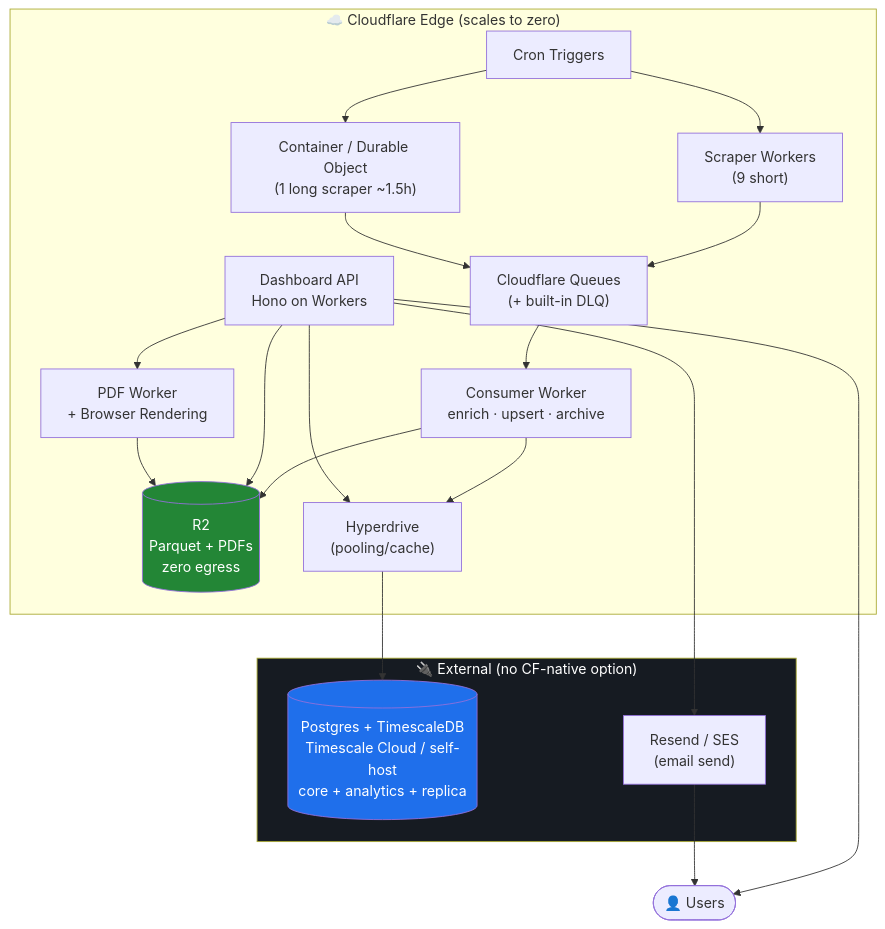
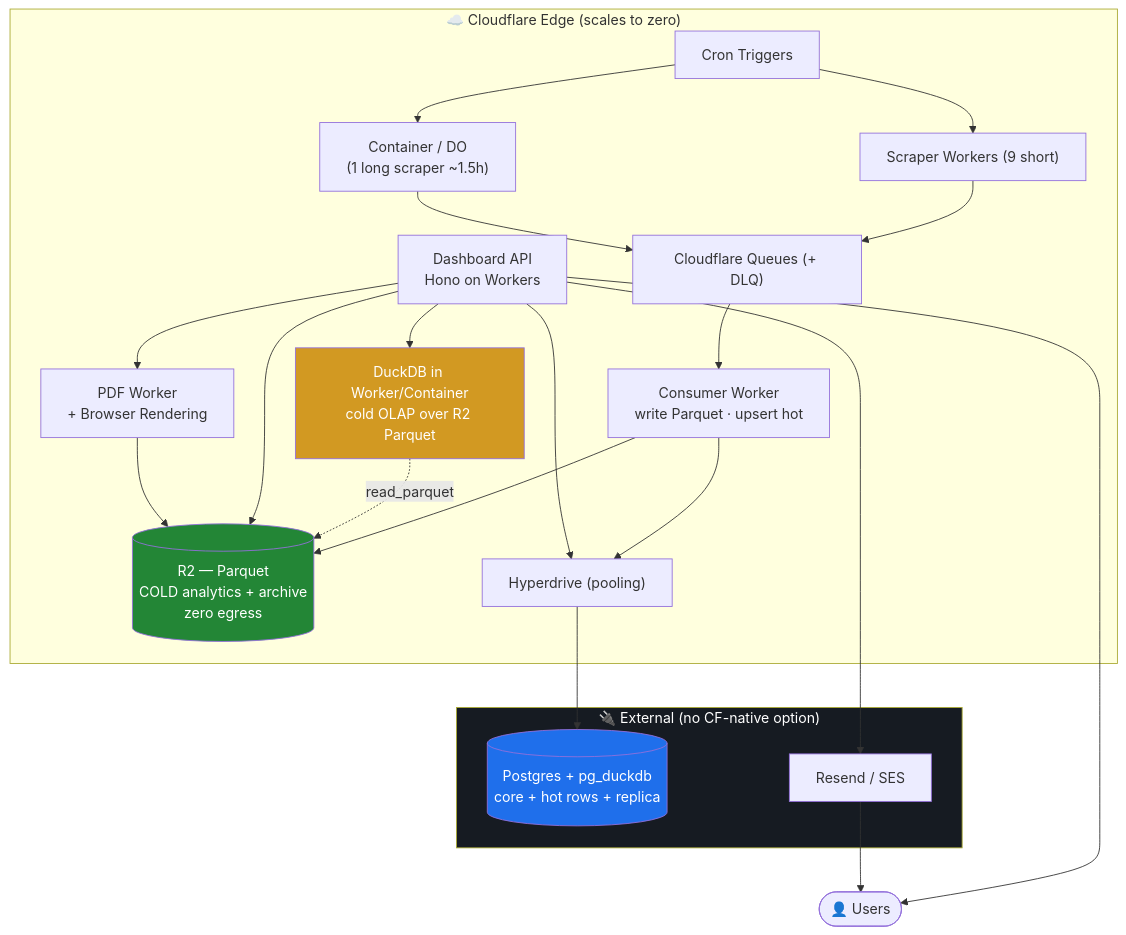
The sixth of 6 diagrams in architecture.md (MagenticIn/MLS-Revamp), drawn with Mermaid before and after one commit. The commit also changed other lines of this file, not shown here.

First line of the commit message:
Rewrite around pg_duckdb hot/cold lakehouse

````diff
--- a/architecture.md
+++ b/architecture.md
@@ -293,37 +300,41 @@
 ```mermaid
 flowchart TB
     subgraph Edge["☁️ Cloudflare Edge (scales to zero)"]
         CRON["Cron Triggers"]
-        WS["Scraper Workers<br/>(9 short)"]
-        CONT["Container / Durable Object<br/>(1 long scraper ~1.5h)"]
-        Q["Cloudflare Queues<br/>(+ built-in DLQ)"]
-        CONS["Consumer Worker<br/>enrich · upsert · archive"]
+        WS["Scraper Workers (9 short)"]
+        CONT["Container / DO<br/>(1 long scraper ~1.5h)"]
+        Q["Cloudflare Queues (+ DLQ)"]
+        CONS["Consumer Worker<br/>write Parquet · upsert hot"]
+        DUCK["DuckDB in Worker/Container<br/>cold OLAP over R2 Parquet"]
         API["Dashboard API<br/>Hono on Workers"]
-        R2[("R2<br/>Parquet + PDFs<br/>zero egress")]
+        R2[("R2 — Parquet<br/>COLD analytics + archive<br/>zero egress")]
         PDF["PDF Worker<br/>+ Browser Rendering"]
-        HD["Hyperdrive<br/>(pooling/cache)"]
+        HD["Hyperdrive (pooling)"]
     end
 
     subgraph External["🔌 External (no CF-native option)"]
-        PG[("Postgres + TimescaleDB<br/>Timescale Cloud / self-host<br/>core + analytics + replica")]
-        MAIL["Resend / SES<br/>(email send)"]
+        PG[("Postgres + pg_duckdb<br/>core + hot rows + replica")]
+        MAIL["Resend / SES"]
     end
 
     Users(["👤 Users"])
 
     CRON --> WS & CONT
     WS --> Q
     CONT --> Q
     Q --> CONS
     CONS --> R2
     CONS --> HD --> PG
+    DUCK -. read_parquet .-> R2
     API --> HD
+    API --> DUCK
     API --> R2
     API --> Users
     API --> PDF --> R2
     API --> MAIL --> Users
 
     style R2 fill:#238636,color:#fff
+    style DUCK fill:#d29922,color:#fff
     style PG fill:#1f6feb,color:#fff
     style External fill:#161b22,color:#fff
 ```
````
